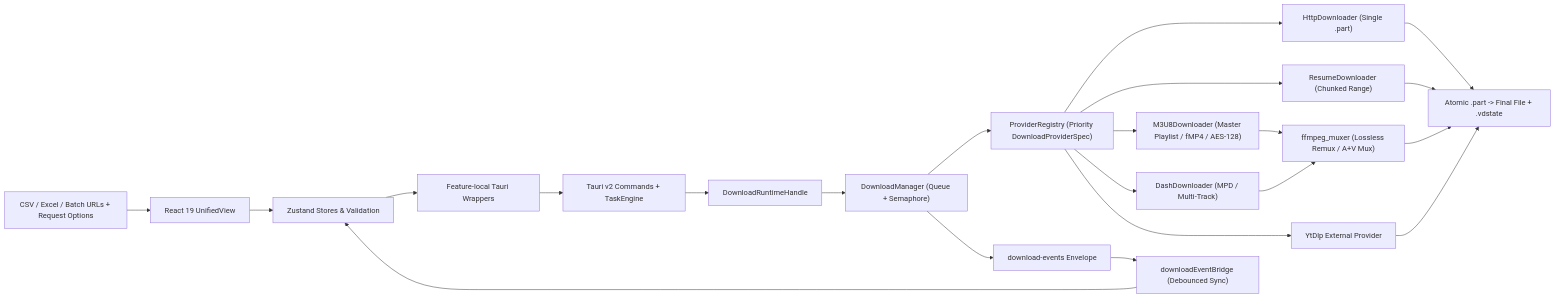
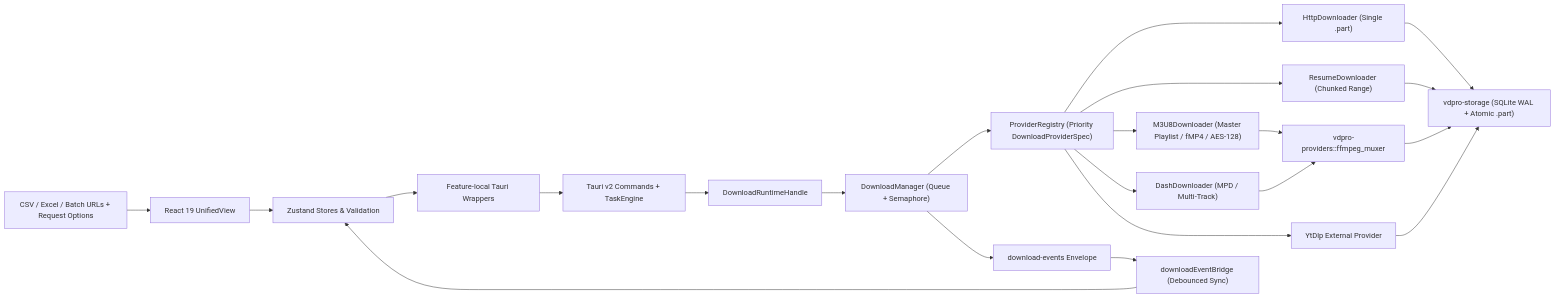
One commit to seaworld008/tauri-video-batch-downloader changed the diagram in README.md. Above: the diagram before and after it, drawn with Mermaid. The commit also changed other lines of this file and 48 other files, not shown here.

Commit message:
feat(v2.0.0): modularize Cargo workspace and upgrade state persistence to SQLite WAL

````diff
--- a/README.md
+++ b/README.md
@@ -78,24 +79,24 @@
 ```mermaid
 flowchart LR
   Input["CSV / Excel / Batch URLs + Request Options"] --> UI["React 19 UnifiedView"]
   UI --> Store["Zustand Stores & Validation"]
   Store --> API["Feature-local Tauri Wrappers"]
   API --> Commands["Tauri v2 Commands + TaskEngine"]
   Commands --> Runtime["DownloadRuntimeHandle"]
   Runtime --> Manager["DownloadManager (Queue + Semaphore)"]
   Manager --> Router["ProviderRegistry (Priority DownloadProviderSpec)"]
   Router --> HTTP["HttpDownloader (Single .part)"]
   Router --> Resume["ResumeDownloader (Chunked Range)"]
   Router --> HLS["M3U8Downloader (Master Playlist / fMP4 / AES-128)"]
   Router --> DASH["DashDownloader (MPD / Multi-Track)"]
   Router --> YtDlp["YtDlp External Provider"]
-  HLS --> Mux["ffmpeg_muxer (Lossless Remux / A+V Mux)"]
+  HLS --> Mux["vdpro-providers::ffmpeg_muxer"]
   DASH --> Mux
-  HTTP --> Storage["Atomic .part -> Final File + .vdstate"]
+  HTTP --> Storage["vdpro-storage (SQLite WAL + Atomic .part)"]
   Resume --> Storage
   Mux --> Storage
   YtDlp --> Storage
   Manager --> EventBus["download-events Envelope"]
   EventBus --> Bridge["downloadEventBridge (Debounced Sync)"]
   Bridge --> Store
 ```
````
